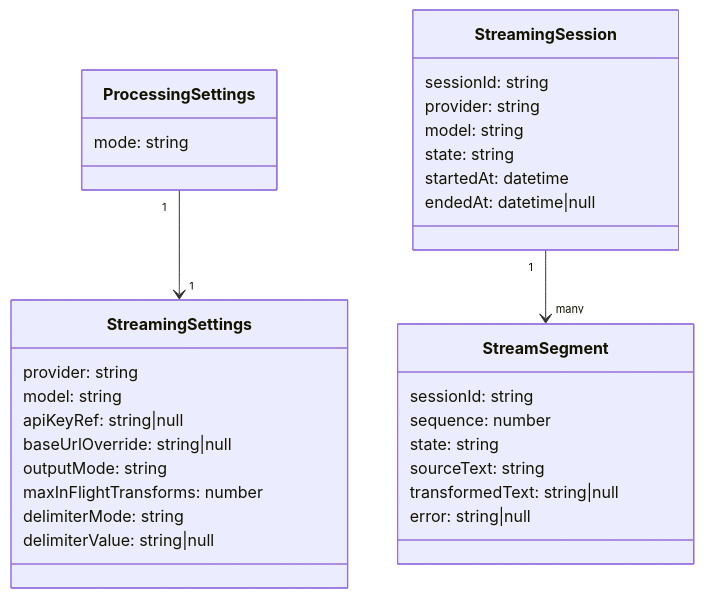
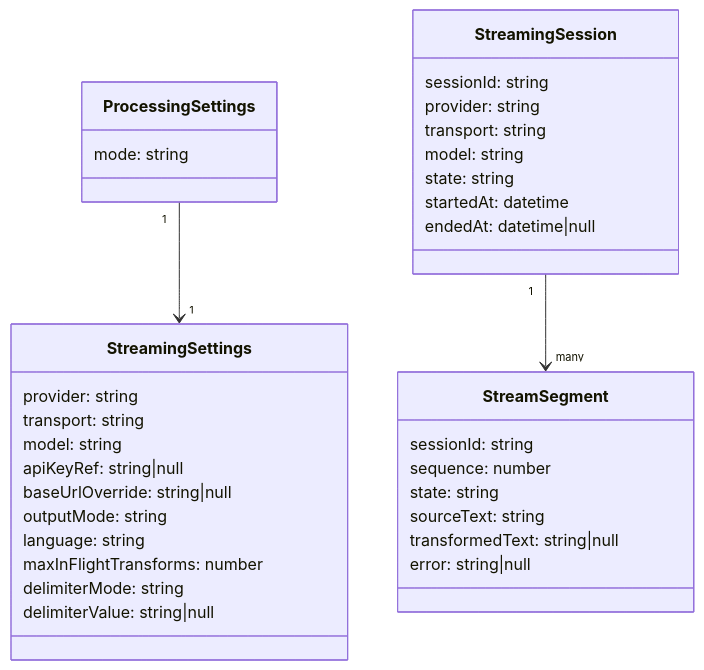
One commit to massun-onibakuchi/speech-to-text-app changed the sixth of 8 diagrams in specs/spec.md. Above: the diagram before and after it, drawn with Mermaid. The commit also changed other lines of this file and 4 other files, not shown here.

````diff
--- a/specs/spec.md
+++ b/specs/spec.md
@@ -783,38 +818,41 @@
 ```mermaid
 classDiagram
   class ProcessingSettings {
     mode: string
   }
 
   class StreamingSession {
     sessionId: string
     provider: string
+    transport: string
     model: string
     state: string
     startedAt: datetime
     endedAt: datetime|null
   }
 
   class StreamSegment {
     sessionId: string
     sequence: number
     state: string
     sourceText: string
     transformedText: string|null
     error: string|null
   }
 
   class StreamingSettings {
     provider: string
+    transport: string
     model: string
     apiKeyRef: string|null
     baseUrlOverride: string|null
     outputMode: string
+    language: string
     maxInFlightTransforms: number
     delimiterMode: string
     delimiterValue: string|null
   }
 
   StreamingSession "1" --> "many" StreamSegment
   ProcessingSettings "1" --> "1" StreamingSettings
 ```
````
